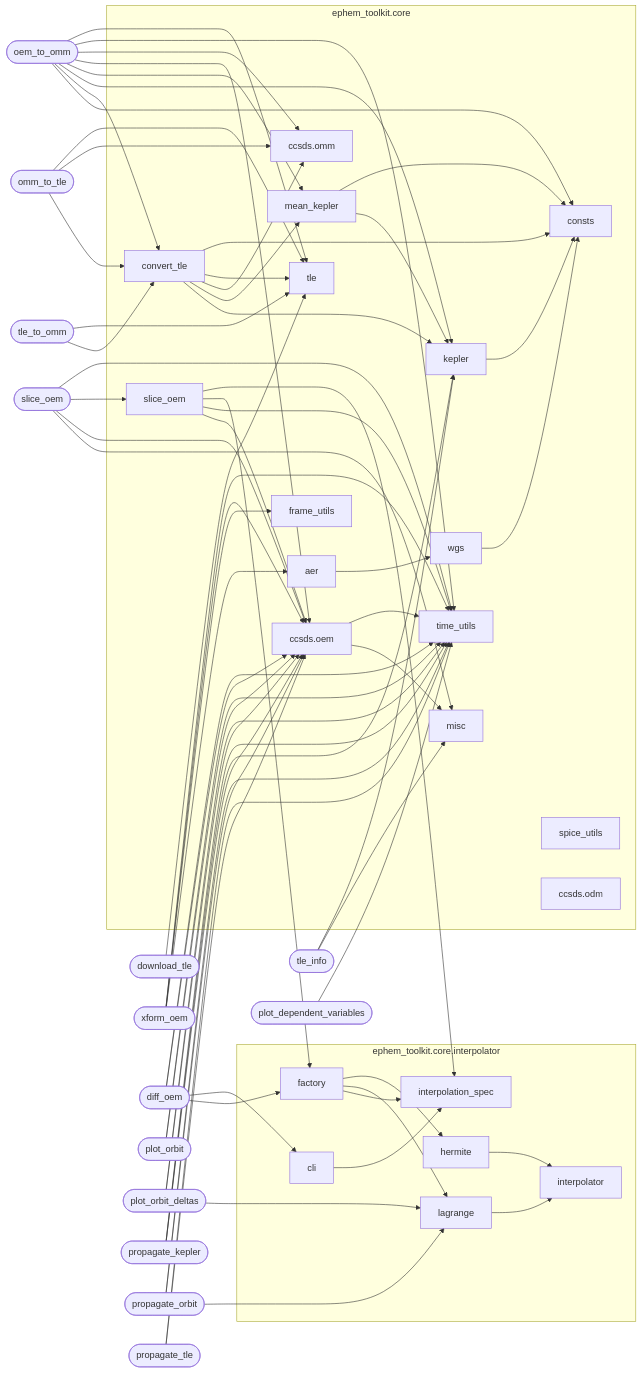
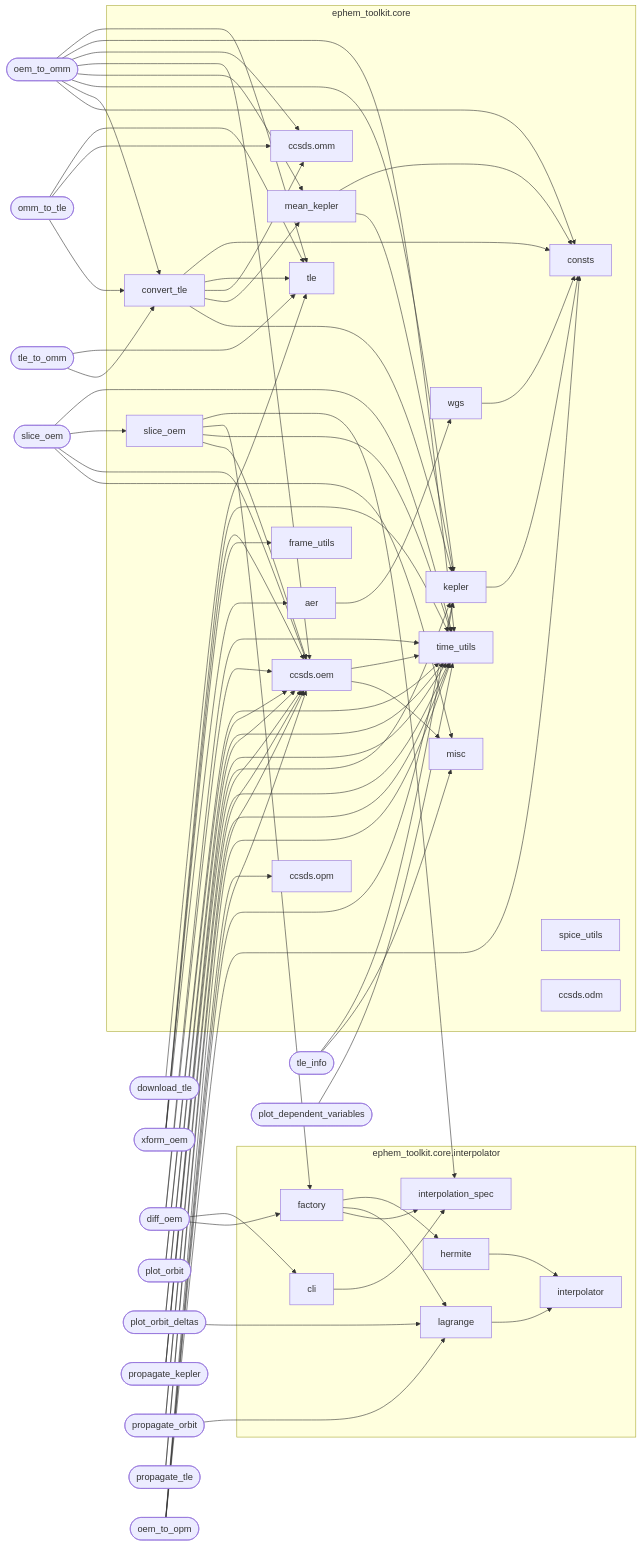
The diagram in docs/python_module_dependency_graph.mmd (jeongyunl/ephem-toolkit), drawn with Mermaid before and after one commit. The commit also changed 13 other files, not shown here.

First line of the commit message:
Implement OEM to OPM conversion with osculating elements fitting

```diff
--- a/docs/python_module_dependency_graph.mmd
+++ b/docs/python_module_dependency_graph.mmd
@@ -1,121 +1,128 @@
 ---
 config:
   flowchart:
     curve: basis
 ---
 graph LR
 
 %% Internal Python module dependencies under ephem_toolkit namespace
 %% Standalone scripts use stadium shape ([...])
 %% Library modules use default rectangle shape [...]
 %% Updated 2026-08-11 to reflect src/ephem_toolkit/ structure
 
     subgraph core["ephem_toolkit.core"]
         mod_core_aer[aer]
         mod_core_misc[misc]
         mod_core_consts[consts]
         mod_core_convert_tle[convert_tle]
         mod_core_frame_utils[frame_utils]
         mod_core_kepler[kepler]
         mod_core_mean_kepler[mean_kepler]
         mod_core_spice_utils[spice_utils]
         mod_core_odm[ccsds.odm]
         mod_core_oem[ccsds.oem]
+        mod_core_opm[ccsds.opm]
         mod_core_omm[ccsds.omm]
         mod_core_slice_oem[slice_oem]
         mod_core_time_utils[time_utils]
         mod_core_tle[tle]
         mod_core_wgs[wgs]
     end
 
     subgraph interpolator["ephem_toolkit.core.interpolator"]
         mod_interpolator_interpolator[interpolator]
         mod_interpolator_lagrange[lagrange]
         mod_interpolator_hermite[hermite]
         mod_interpolator_spec[interpolation_spec]
         mod_interpolator_factory[factory]
         mod_core_cli[cli]
     end
 
     mod_util_download_tle([download_tle])
     mod_util_xform_oem([xform_oem])
     mod_util_omm_to_tle([omm_to_tle])
     mod_util_slice_oem([slice_oem])
     mod_util_tle_info([tle_info])
     mod_util_tle_to_omm([tle_to_omm])
     mod_util_diff_oem([diff_oem])
     mod_util_plot_orbit([plot_orbit])
     mod_util_plot_orbit_deltas([plot_orbit_deltas])
     mod_util_plot_dep_vars([plot_dependent_variables])
     mod_util_propagate_kepler([propagate_kepler])
     mod_util_propagate_orbit([propagate_orbit])
     mod_util_propagate_tle([propagate_tle])
+    mod_util_oem_to_opm([oem_to_opm])
     mod_util_oem_to_omm([oem_to_omm])
 
     %% ===== Core library internal edges =====
     mod_core_aer --> mod_core_wgs
     mod_core_convert_tle --> mod_core_kepler
     mod_core_convert_tle --> mod_core_mean_kepler
     mod_core_convert_tle --> mod_core_omm
     mod_core_convert_tle --> mod_core_tle
     mod_core_convert_tle --> mod_core_consts
     mod_core_kepler --> mod_core_consts
     mod_core_mean_kepler --> mod_core_kepler
     mod_core_mean_kepler --> mod_core_consts
     mod_core_oem --> mod_core_misc
     mod_core_oem --> mod_core_time_utils
     mod_core_slice_oem --> mod_core_oem
     mod_core_slice_oem --> mod_core_time_utils
     mod_core_slice_oem --> mod_interpolator_factory
     mod_core_slice_oem --> mod_interpolator_spec
     mod_core_wgs --> mod_core_consts
     mod_interpolator_lagrange --> mod_interpolator_interpolator
     mod_interpolator_hermite --> mod_interpolator_interpolator
     mod_interpolator_factory --> mod_interpolator_spec
     mod_interpolator_factory --> mod_interpolator_lagrange
     mod_interpolator_factory --> mod_interpolator_hermite
     mod_core_cli --> mod_interpolator_spec
 
     %% ===== Utility module edges to core =====
     mod_util_xform_oem --> mod_core_aer
     mod_util_xform_oem --> mod_core_frame_utils
     mod_util_xform_oem --> mod_core_oem
     mod_util_xform_oem --> mod_core_time_utils
     mod_util_omm_to_tle --> mod_core_convert_tle
     mod_util_omm_to_tle --> mod_core_omm
     mod_util_omm_to_tle --> mod_core_tle
     mod_util_slice_oem --> mod_core_misc
     mod_util_slice_oem --> mod_core_oem
     mod_util_slice_oem --> mod_core_slice_oem
     mod_util_slice_oem --> mod_core_time_utils
     mod_util_tle_info --> mod_core_misc
     mod_util_tle_info --> mod_core_kepler
     mod_util_tle_to_omm --> mod_core_convert_tle
     mod_util_tle_to_omm --> mod_core_tle
     mod_util_diff_oem --> mod_core_oem
     mod_util_diff_oem --> mod_core_time_utils
     mod_util_diff_oem --> mod_interpolator_factory
     mod_util_diff_oem --> mod_core_cli
     mod_util_plot_orbit --> mod_core_oem
     mod_util_plot_orbit --> mod_core_time_utils
     mod_util_plot_orbit_deltas --> mod_core_oem
     mod_util_plot_orbit_deltas --> mod_core_time_utils
     mod_util_plot_orbit_deltas --> mod_interpolator_lagrange
     mod_util_plot_dep_vars --> mod_core_time_utils
     mod_util_propagate_kepler --> mod_core_oem
     mod_util_propagate_kepler --> mod_core_kepler
     mod_util_propagate_kepler --> mod_core_time_utils
     mod_util_propagate_orbit --> mod_core_oem
     mod_util_propagate_orbit --> mod_core_time_utils
     mod_util_propagate_orbit --> mod_interpolator_lagrange
     mod_util_propagate_tle --> mod_core_oem
     mod_util_propagate_tle --> mod_core_time_utils
+    mod_util_oem_to_opm --> mod_core_consts
+    mod_util_oem_to_opm --> mod_core_kepler
+    mod_util_oem_to_opm --> mod_core_oem
+    mod_util_oem_to_opm --> mod_core_opm
+    mod_util_oem_to_opm --> mod_core_time_utils
     mod_util_oem_to_omm --> mod_core_consts
     mod_util_oem_to_omm --> mod_core_convert_tle
     mod_util_oem_to_omm --> mod_core_kepler
     mod_util_oem_to_omm --> mod_core_mean_kepler
     mod_util_oem_to_omm --> mod_core_oem
     mod_util_oem_to_omm --> mod_core_omm
     mod_util_oem_to_omm --> mod_core_time_utils
     mod_util_oem_to_omm --> mod_core_tle
     mod_util_download_tle --> mod_core_tle
```
